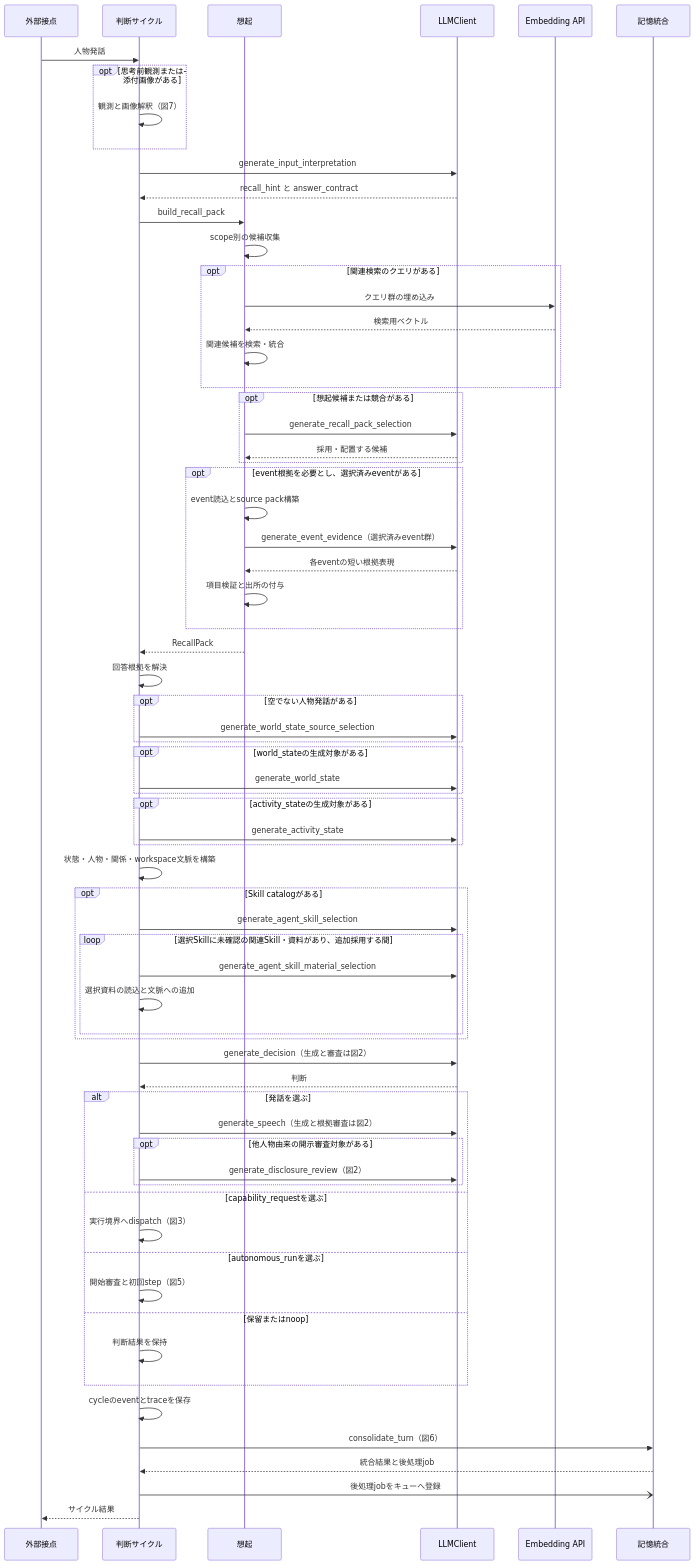
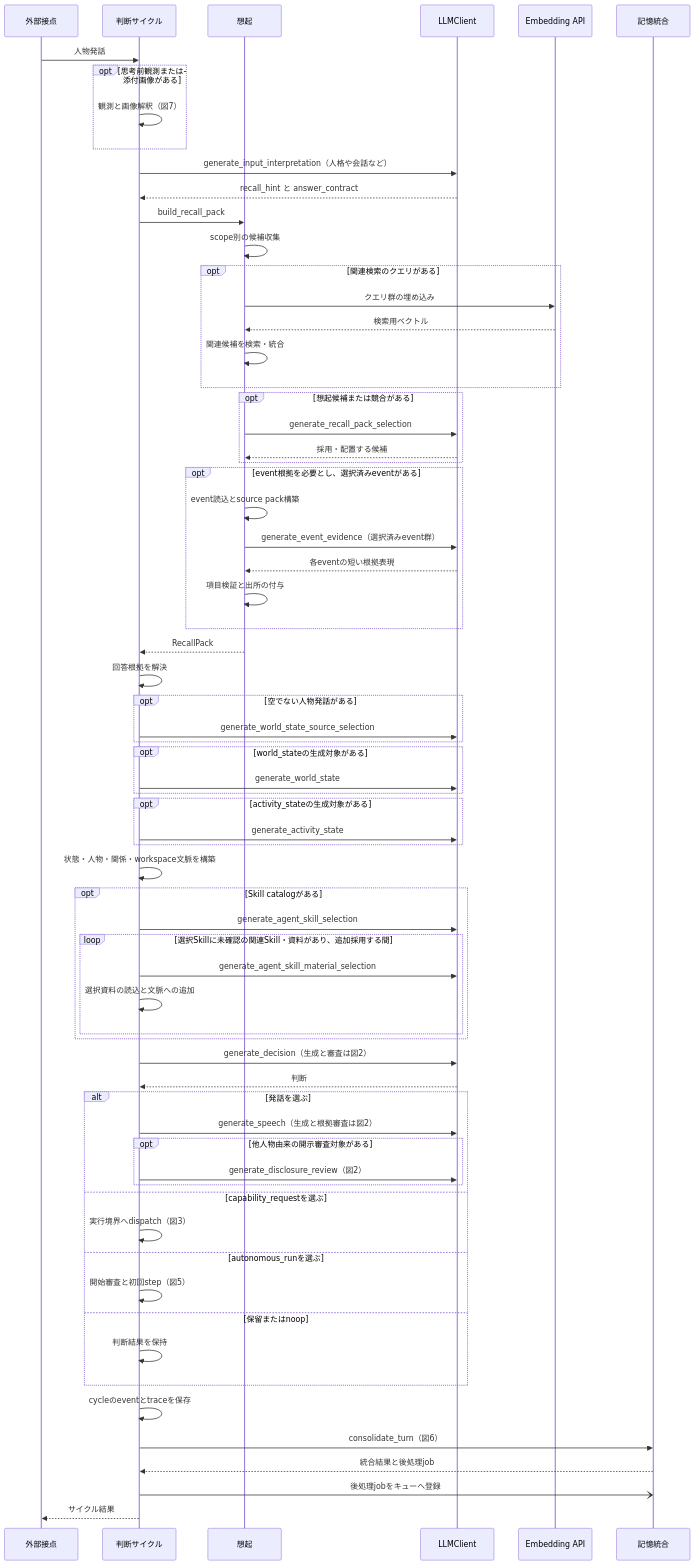
One commit to hirona98/OtomeKairo changed the first of 7 diagrams in docs/design/llm/LLM呼び出しシーケンス.md. Above: the diagram before and after it, drawn with Mermaid. The commit also changed other lines of this file, not shown here.

Commit message:
入力解釈の役割と入出力をシーケンス図に補足

````diff
--- a/docs/design/llm/LLM呼び出しシーケンス.md
+++ b/docs/design/llm/LLM呼び出しシーケンス.md
@@ -35,71 +35,71 @@
 ```mermaid
 sequenceDiagram
     participant U as 外部接点
     participant C as 判断サイクル
     participant R as 想起
     participant L as LLMClient
     participant E as Embedding API
     participant M as 記憶統合
 
     U->>C: 人物発話
     opt 思考前観測または添付画像がある
         C->>C: 観測と画像解釈（図7）
     end
-    C->>L: generate_input_interpretation
+    C->>L: generate_input_interpretation（人格や会話など）
     L-->>C: recall_hint と answer_contract
     C->>R: build_recall_pack
     R->>R: scope別の候補収集
     opt 関連検索のクエリがある
         R->>E: クエリ群の埋め込み
         E-->>R: 検索用ベクトル
         R->>R: 関連候補を検索・統合
     end
     opt 想起候補または競合がある
         R->>L: generate_recall_pack_selection
         L-->>R: 採用・配置する候補
     end
     opt event根拠を必要とし、選択済みeventがある
         R->>R: event読込とsource pack構築
         R->>L: generate_event_evidence（選択済みevent群）
         L-->>R: 各eventの短い根拠表現
         R->>R: 項目検証と出所の付与
     end
     R-->>C: RecallPack
     C->>C: 回答根拠を解決
     opt 空でない人物発話がある
         C->>L: generate_world_state_source_selection
     end
     opt world_stateの生成対象がある
         C->>L: generate_world_state
     end
     opt activity_stateの生成対象がある
         C->>L: generate_activity_state
     end
     C->>C: 状態・人物・関係・workspace文脈を構築
     opt Skill catalogがある
         C->>L: generate_agent_skill_selection
         loop 選択Skillに未確認の関連Skill・資料があり、追加採用する間
             C->>L: generate_agent_skill_material_selection
             C->>C: 選択資料の読込と文脈への追加
         end
     end
     C->>L: generate_decision（生成と審査は図2）
     L-->>C: 判断
     alt 発話を選ぶ
         C->>L: generate_speech（生成と根拠審査は図2）
         opt 他人物由来の開示審査対象がある
             C->>L: generate_disclosure_review（図2）
         end
     else capability_requestを選ぶ
         C->>C: 実行境界へdispatch（図3）
     else autonomous_runを選ぶ
         C->>C: 開始審査と初回step（図5）
     else 保留またはnoop
         C->>C: 判断結果を保持
     end
     C->>C: cycleのeventとtraceを保存
     C->>M: consolidate_turn（図6）
     M-->>C: 統合結果と後処理job
     C-)M: 後処理jobをキューへ登録
     C-->>U: サイクル結果
 ```
````
